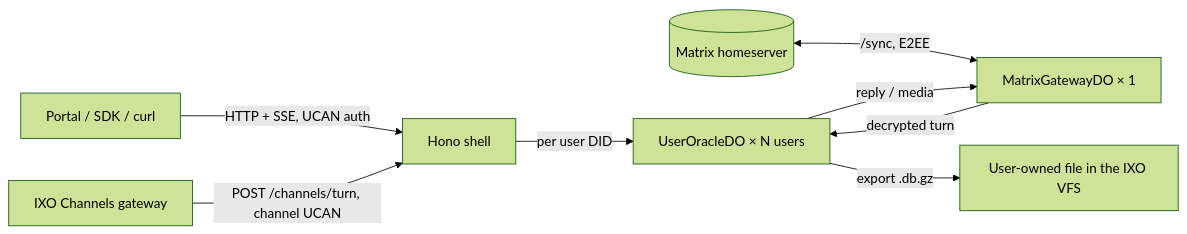
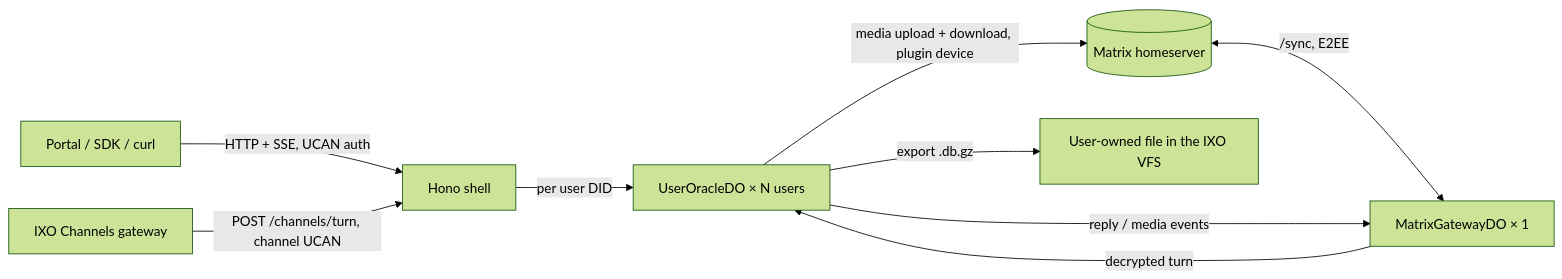
One commit to ixoworld/qiforge changed the diagram in packages/oracle-runtime-workers/docs/architecture.md. Above: the diagram before and after it, drawn with Mermaid (forest theme). The commit also changed 13 other files, not shown here.

````diff
--- a/packages/oracle-runtime-workers/docs/architecture.md
+++ b/packages/oracle-runtime-workers/docs/architecture.md
@@ -7,10 +7,11 @@
 ```mermaid
 graph LR
     Client[Portal / SDK / curl] -->|HTTP + SSE, UCAN auth| Shell[Hono shell]
     Channels[IXO Channels gateway] -->|POST /channels/turn, channel UCAN| Shell
     Shell -->|per user DID| UserDO[UserOracleDO × N users]
     Matrix[(Matrix homeserver)] <-->|/sync, E2EE| Gateway[MatrixGatewayDO × 1]
     Gateway -->|decrypted turn| UserDO
-    UserDO -->|reply / media| Gateway
+    UserDO -->|reply / media events| Gateway
+    UserDO -->|media upload + download, plugin device| Matrix
     UserDO -->|export .db.gz| Owner[User-owned file in the IXO VFS]
 ```
````
